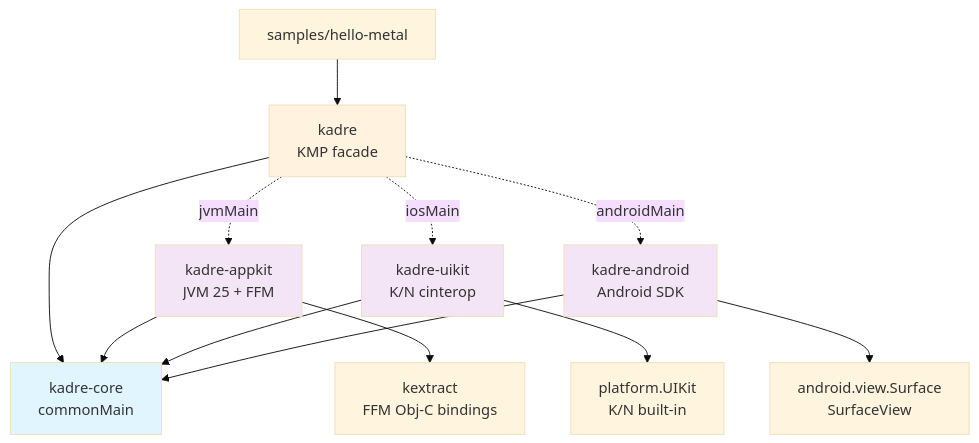
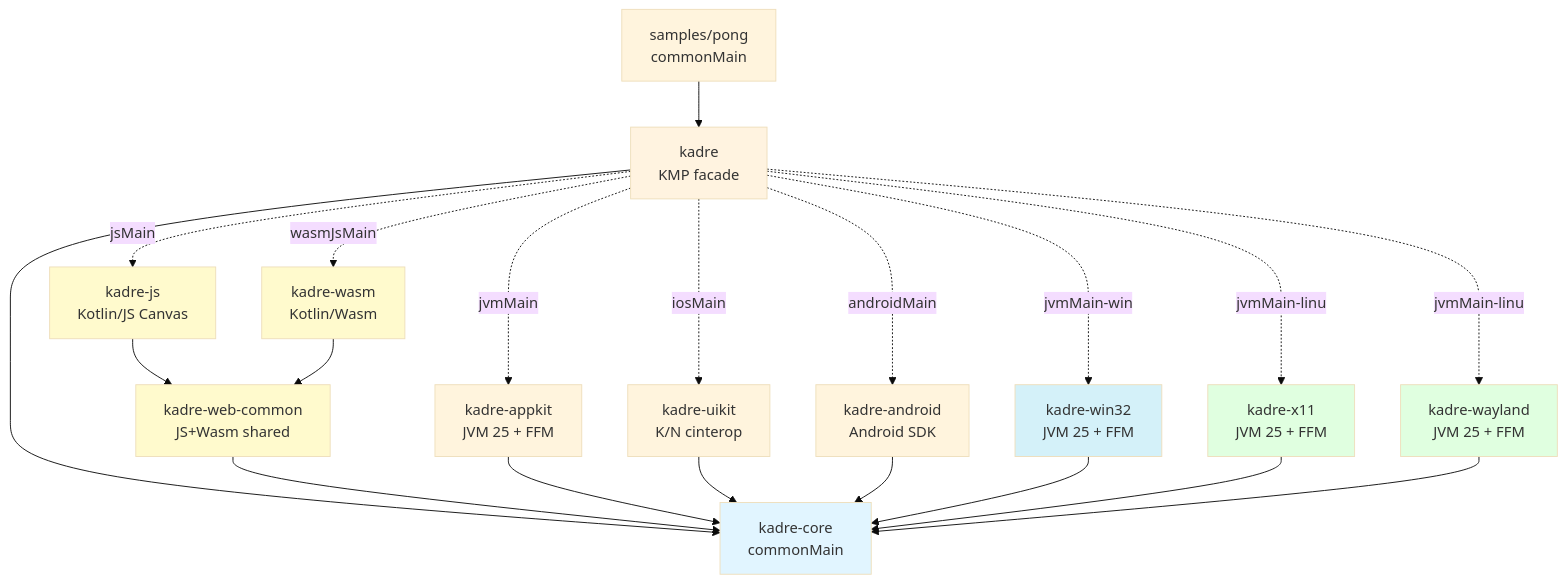
The first of 4 diagrams in docs/kadre/specs.md (klang-toolkit/kextract), drawn with Mermaid (base theme) before and after one commit. The commit also changed other lines of this file and 132 other files, not shown here.

````diff
--- a/docs/kadre/specs.md
+++ b/docs/kadre/specs.md
@@ -27,33 +23,50 @@
 ```mermaid
 graph TD
-    Sample[samples/hello-metal]
+    Sample[samples/pong<br/>commonMain]
     Facade[kadre<br/>KMP facade]
     Core[kadre-core<br/>commonMain]
+
     AppKit[kadre-appkit<br/>JVM 25 + FFM]
     UIKit[kadre-uikit<br/>K/N cinterop]
     Android[kadre-android<br/>Android SDK]
 
-    Kextract[kextract<br/>FFM Obj-C bindings]
-    Cinterop[platform.UIKit<br/>K/N built-in]
-    AndroidSDK[android.view.Surface<br/>SurfaceView]
+    WebCommon[kadre-web-common<br/>JS+Wasm shared]
+    Js[kadre-js<br/>Kotlin/JS Canvas]
+    Wasm[kadre-wasm<br/>Kotlin/Wasm]
+
+    Win32[kadre-win32<br/>JVM 25 + FFM]
+    X11[kadre-x11<br/>JVM 25 + FFM]
+    Wayland[kadre-wayland<br/>JVM 25 + FFM]
 
     Sample --> Facade
     Facade --> Core
+
     Facade -.jvmMain.-> AppKit
     Facade -.iosMain.-> UIKit
     Facade -.androidMain.-> Android
+    Facade -.jsMain.-> Js
+    Facade -.wasmJsMain.-> Wasm
+    Facade -.jvmMain-win.-> Win32
+    Facade -.jvmMain-linux.-> X11
+    Facade -.jvmMain-linux.-> Wayland
+
+    Js --> WebCommon
+    Wasm --> WebCommon
+    WebCommon --> Core
 
     AppKit --> Core
     UIKit --> Core
     Android --> Core
-
-    AppKit --> Kextract
-    UIKit --> Cinterop
-    Android --> AndroidSDK
+    Win32 --> Core
+    X11 --> Core
+    Wayland --> Core
 
     style Core fill:#e1f5ff
     style Facade fill:#fff3e0
-    style AppKit fill:#f3e5f5
-    style UIKit fill:#f3e5f5
-    style Android fill:#f3e5f5
+    style WebCommon fill:#fffacd
+    style Js fill:#fffacd
+    style Wasm fill:#fffacd
+    style Win32 fill:#d4f1f9
+    style X11 fill:#e0ffe0
+    style Wayland fill:#e0ffe0
 ```
````
